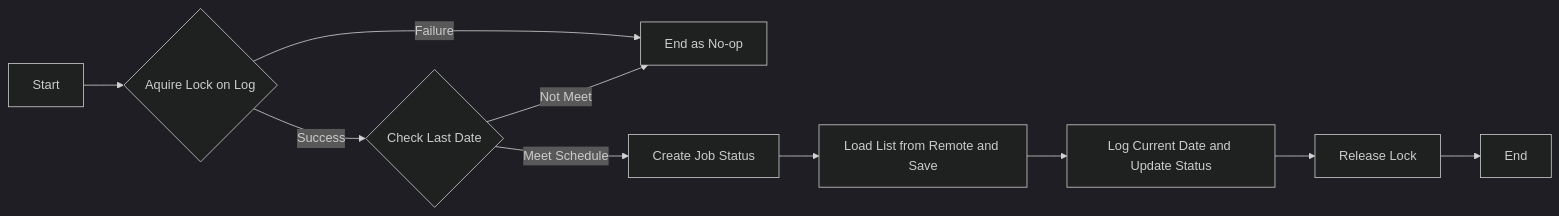
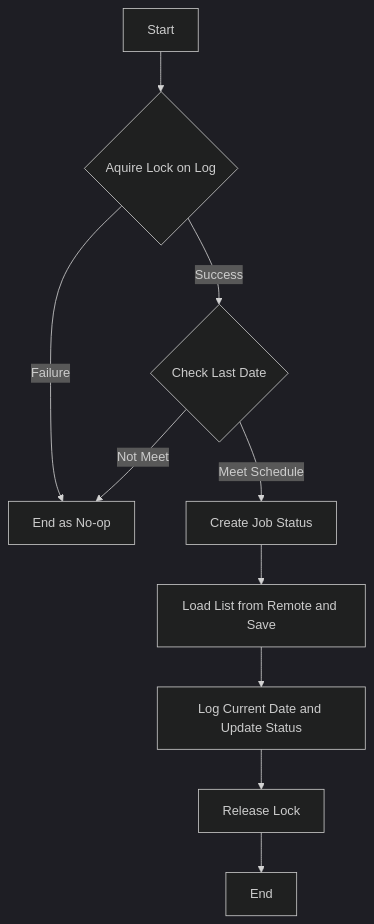
One commit to zujiancai/zujiancai.github.io changed the first of 3 diagrams in _posts/2021-09-27-finana-project-design.md. Above: the diagram before and after it, drawn with Mermaid (dark theme). The commit also changed other lines of this file, not shown here.

```diff
--- a/_posts/2021-09-27-finana-project-design.md
+++ b/_posts/2021-09-27-finana-project-design.md
@@ -234,12 +236,12 @@
-<div class="mermaid">
-    graph LR
-    A[Start] --> B{Aquire Lock on Log}
-    B -->|Success| C{Check Last Date}
-    B -->|Failure| D[End as No-op]
-    C -->|Meet Schedule| E[Create Job Status]
-    C -->|Not Meet| D
-    E --> F[Load List from Remote and Save]
-    F --> G[Log Current Date and Update Status]
-    G --> H[Release Lock]
-    H --> I[End]
-</div>
+    <div class="mermaid">
+        graph TD
+        A[Start] --> B{Aquire Lock on Log}
+        B -->|Success| C{Check Last Date}
+        B -->|Failure| D[End as No-op]
+        C -->|Meet Schedule| E[Create Job Status]
+        C -->|Not Meet| D
+        E --> F[Load List from Remote and Save]
+        F --> G[Log Current Date and Update Status]
+        G --> H[Release Lock]
+        H --> I[End]
+    </div>
```
